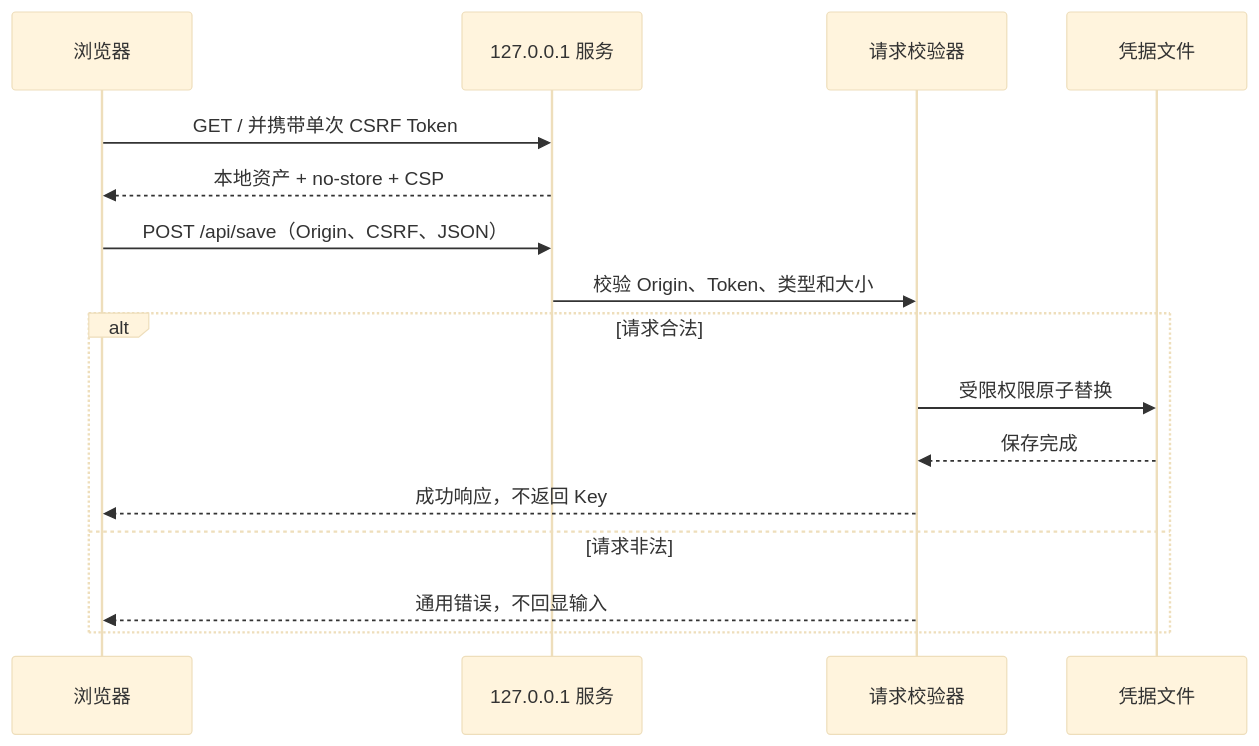
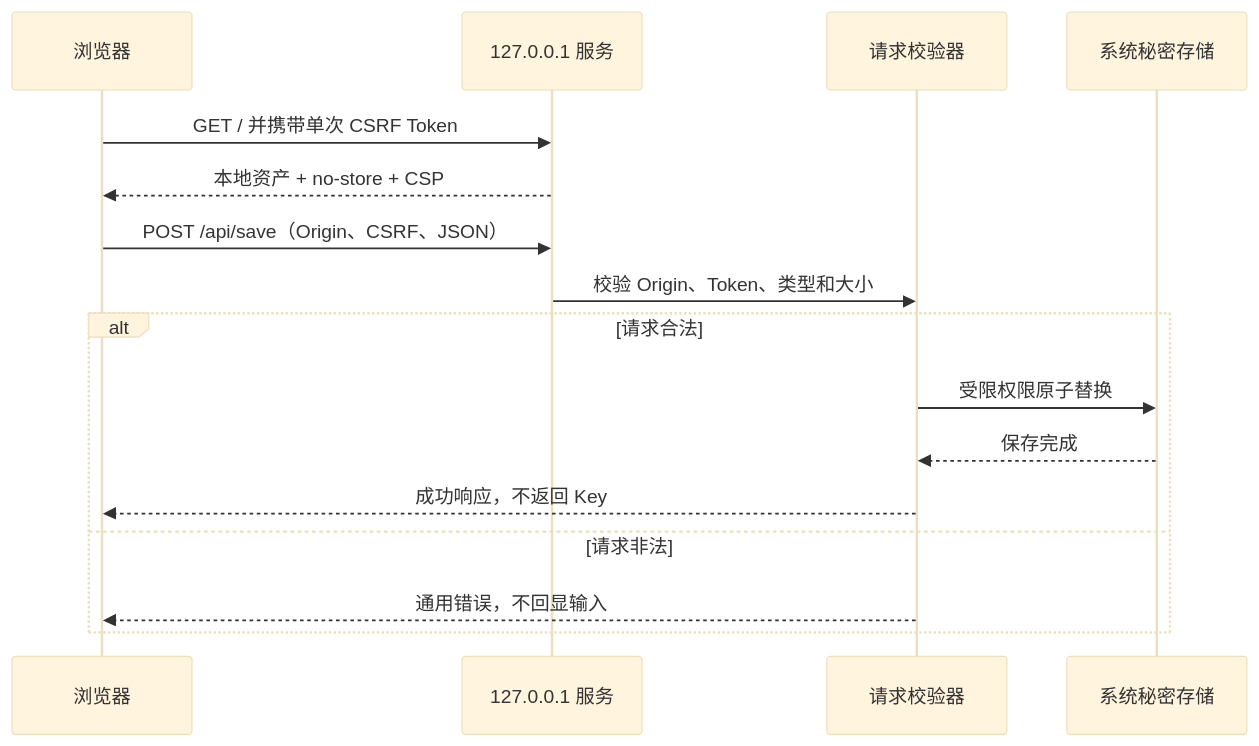
Before and after one commit to full-stack-plugins/stitch-design-plugin: the third of 6 diagrams in docs/Stitch-Design-Technical-Solution.zh_CN.md, drawn with Mermaid (base theme). The commit also changed other lines of this file and 9 other files, not shown here.

````diff
--- a/docs/Stitch-Design-Technical-Solution.zh_CN.md
+++ b/docs/Stitch-Design-Technical-Solution.zh_CN.md
@@ -87,18 +88,18 @@
 ```mermaid
 sequenceDiagram
     participant B as 浏览器
     participant H as 127.0.0.1 服务
     participant V as 请求校验器
-    participant F as 凭据文件
+    participant F as 系统秘密存储
     B->>H: GET / 并携带单次 CSRF Token
     H-->>B: 本地资产 + no-store + CSP
     B->>H: POST /api/save（Origin、CSRF、JSON）
     H->>V: 校验 Origin、Token、类型和大小
     alt 请求合法
       V->>F: 受限权限原子替换
       F-->>V: 保存完成
       V-->>B: 成功响应，不返回 Key
     else 请求非法
       V-->>B: 通用错误，不回显输入
     end
 ```
````
